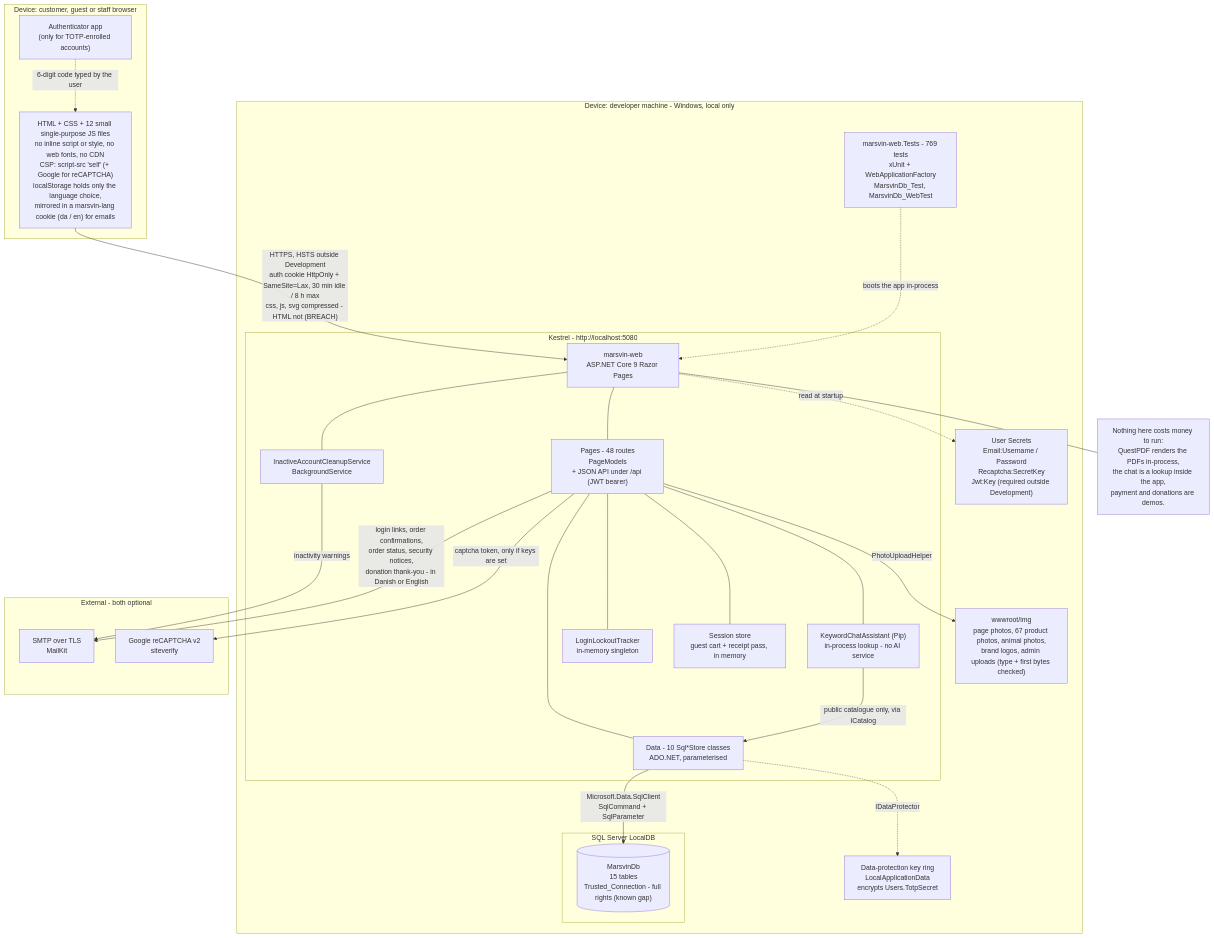
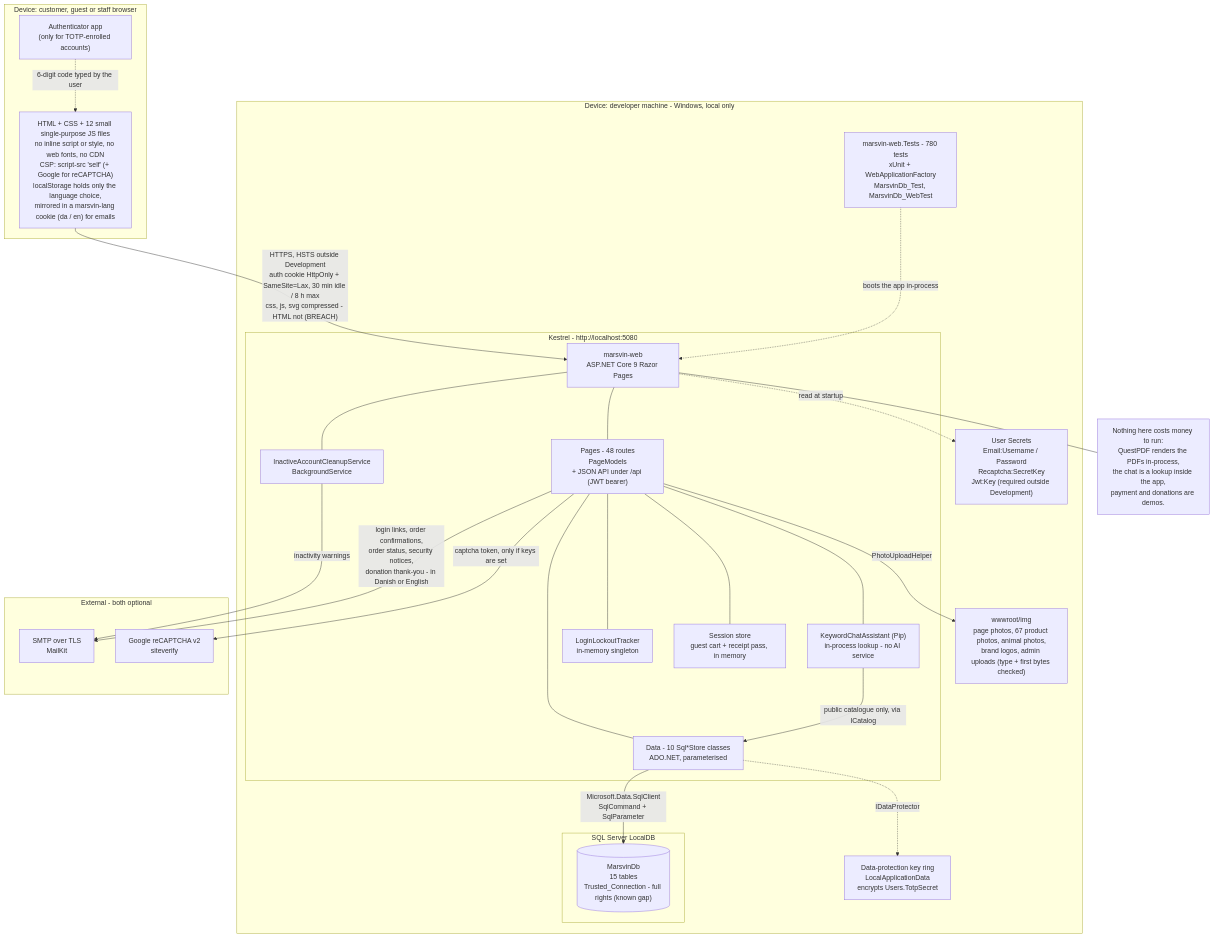
The diagram in diagrams/marsvin-deployment.mermaid (Elvie-Abarth/Esti-whent-creazy-whit-the-protject), drawn with Mermaid before and after one commit. The commit also changed 18 other files, not shown here.

```diff
--- a/diagrams/marsvin-deployment.mermaid
+++ b/diagrams/marsvin-deployment.mermaid
@@ -1,50 +1,50 @@
 flowchart TB
     subgraph CLIENT["Device: customer, guest or staff browser"]
         BROWSER["HTML + CSS + 12 small single-purpose JS files<br/>no inline script or style, no web fonts, no CDN<br/>CSP: script-src 'self' (+ Google for reCAPTCHA)<br/>localStorage holds only the language choice,<br/>mirrored in a marsvin-lang cookie (da / en) for emails"]
         AUTHAPP["Authenticator app<br/>(only for TOTP-enrolled accounts)"]
     end
 
     subgraph DEV["Device: developer machine - Windows, local only"]
         subgraph KESTREL["Kestrel - http://localhost:5080"]
             APP["marsvin-web<br/>ASP.NET Core 9 Razor Pages"]
             PAGES["Pages - 48 routes<br/>PageModels<br/>+ JSON API under /api (JWT bearer)"]
             STORES["Data - 10 Sql*Store classes<br/>ADO.NET, parameterised"]
             CHATBOT["KeywordChatAssistant (Pip)<br/>in-process lookup - no AI service"]
             BG["InactiveAccountCleanupService<br/>BackgroundService"]
             LOCK["LoginLockoutTracker<br/>in-memory singleton"]
             SESS["Session store<br/>guest cart + receipt pass, in memory"]
             APP --- PAGES
             PAGES --- STORES
             PAGES --- CHATBOT
             APP --- BG
             PAGES --- LOCK
             PAGES --- SESS
         end
         subgraph SQL["SQL Server LocalDB"]
             DBASE[("MarsvinDb<br/>15 tables<br/>Trusted_Connection - full rights (known gap)")]
         end
         KEYS["Data-protection key ring<br/>LocalApplicationData<br/>encrypts Users.TotpSecret"]
         UPLOADS["wwwroot/img<br/>page photos, 67 product photos, animal photos,<br/>brand logos, admin uploads (type + first bytes checked)"]
         SECRETS["User Secrets<br/>Email:Username / Password<br/>Recaptcha:SecretKey<br/>Jwt:Key (required outside Development)"]
-        TESTS["marsvin-web.Tests - 769 tests<br/>xUnit + WebApplicationFactory<br/>MarsvinDb_Test, MarsvinDb_WebTest"]
+        TESTS["marsvin-web.Tests - 780 tests<br/>xUnit + WebApplicationFactory<br/>MarsvinDb_Test, MarsvinDb_WebTest"]
     end
 
     subgraph EXT["External - both optional"]
         SMTPSVC["SMTP over TLS<br/>MailKit"]
         GRECAP["Google reCAPTCHA v2<br/>siteverify"]
     end
 
     BROWSER -->|"HTTPS, HSTS outside Development<br/>auth cookie HttpOnly + SameSite=Lax, 30 min idle / 8 h max<br/>css, js, svg compressed - HTML not (BREACH)"| APP
     AUTHAPP -.->|"6-digit code typed by the user"| BROWSER
     STORES -->|"Microsoft.Data.SqlClient<br/>SqlCommand + SqlParameter"| DBASE
     CHATBOT -->|"public catalogue only, via ICatalog"| STORES
     STORES -.->|"IDataProtector"| KEYS
     PAGES -->|"PhotoUploadHelper"| UPLOADS
     APP -.->|"read at startup"| SECRETS
     BG -->|"inactivity warnings"| SMTPSVC
     PAGES -->|"login links, order confirmations,<br/>order status, security notices,<br/>donation thank-you - in Danish or English"| SMTPSVC
     PAGES -->|"captcha token, only if keys are set"| GRECAP
     TESTS -.->|"boots the app in-process"| APP
 
     NOTE["Nothing here costs money to run:<br/>QuestPDF renders the PDFs in-process,<br/>the chat is a lookup inside the app,<br/>payment and donations are demos."]
     APP --- NOTE
```
